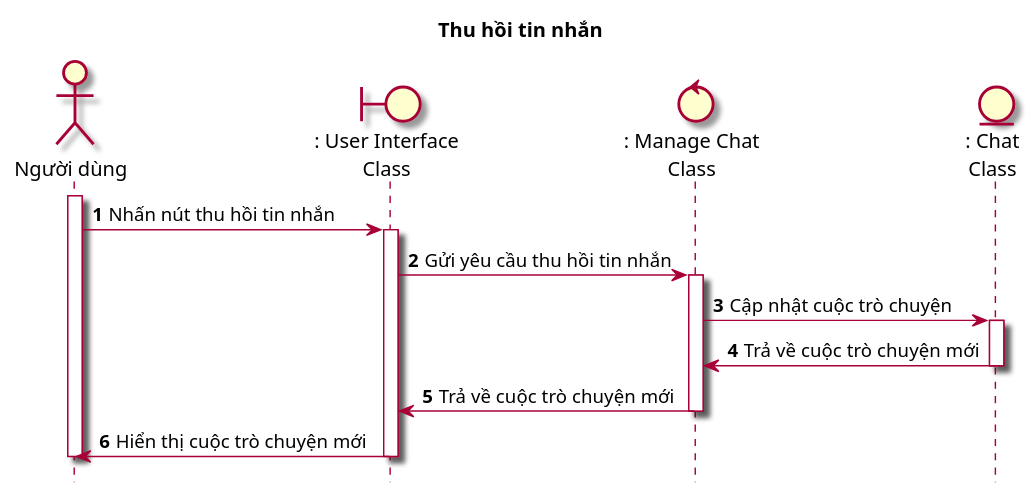
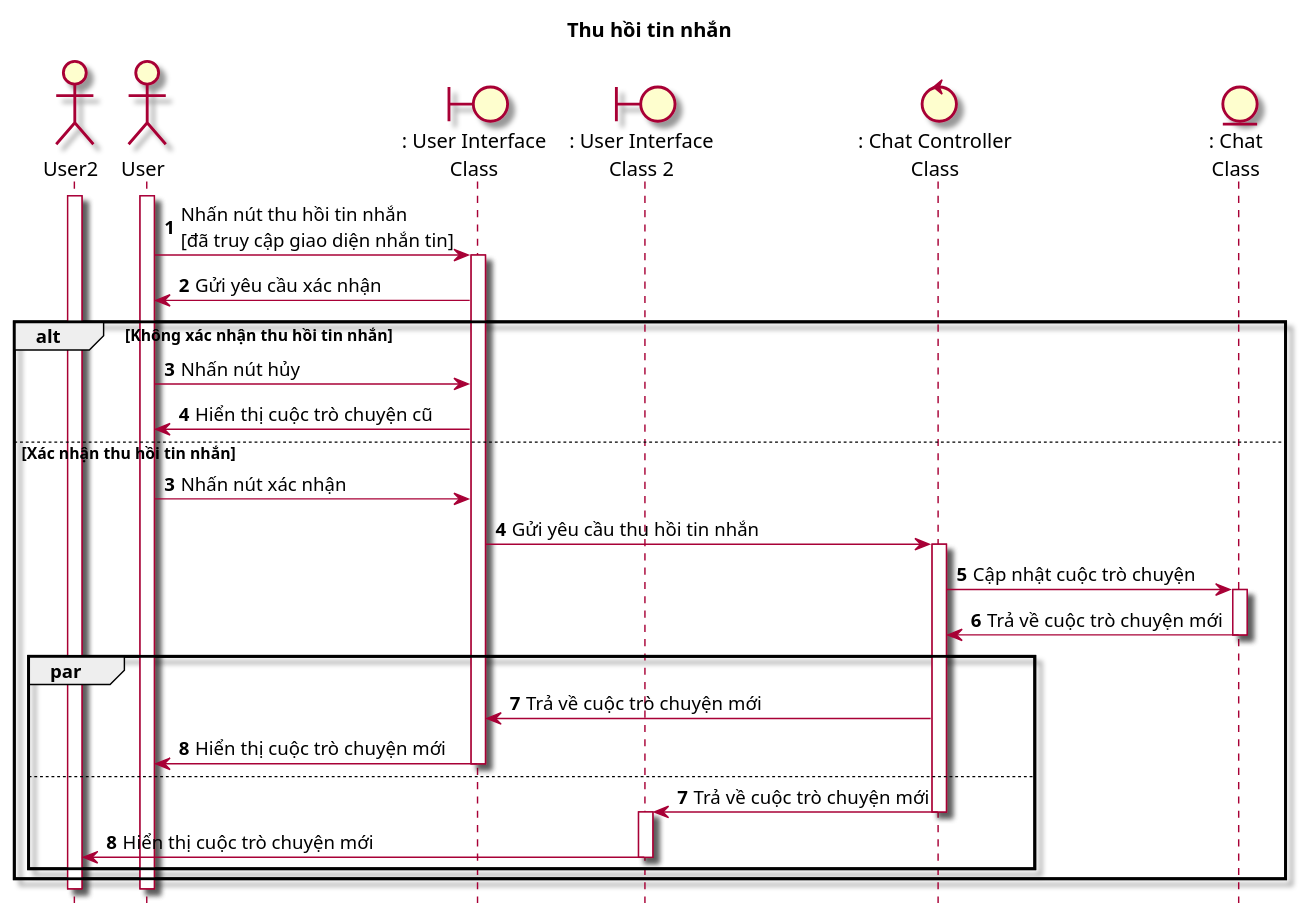
Before and after one commit to Griselda4774/EAS-EmploymentAssistanceSystem: the diagram in Lab1/Lab 1.2 Diagram/Sequence/FilePUML/11.3. SeqThuHoiTinNhan.puml, drawn with PlantUML. The commit also changed 14 other files, not shown here.

```diff
--- a/Lab1/Lab 1.2 Diagram/Sequence/FilePUML/11.3. SeqThuHoiTinNhan.puml
+++ b/Lab1/Lab 1.2 Diagram/Sequence/FilePUML/11.3. SeqThuHoiTinNhan.puml
@@ -1,22 +1,41 @@
 @startuml SeqThuHoiTinNhan
 
 skin rose
 hide footbox
 title Thu hồi tin nhắn
 
-actor "Người dùng" as nguoiDung
+actor User2 as user2
+actor User as user
 boundary ": User Interface\nClass" as userInterface
-control ": Manage Chat\nClass" as manageChat
+boundary ": User Interface\nClass 2" as userInterface2
+control ": Chat Controller\nClass" as chatController
 entity ": Chat\nClass" as chat
 
 autonumber
-nguoiDung++
-nguoiDung -> userInterface++: Nhấn nút thu hồi tin nhắn
-userInterface -> manageChat++: Gửi yêu cầu thu hồi tin nhắn
-manageChat -> chat++: Cập nhật cuộc trò chuyện
-chat -> manageChat--: Trả về cuộc trò chuyện mới
-manageChat -> userInterface--: Trả về cuộc trò chuyện mới
-userInterface -> nguoiDung--: Hiển thị cuộc trò chuyện mới
-nguoiDung--
+user++
+user2++
+user -> userInterface++: Nhấn nút thu hồi tin nhắn\n[đã truy cập giao diện nhắn tin]
+userInterface -> user: Gửi yêu cầu xác nhận
+alt Không xác nhận thu hồi tin nhắn
+    user -> userInterface : Nhấn nút hủy
+    userInterface -> user : Hiển thị cuộc trò chuyện cũ
+else Xác nhận thu hồi tin nhắn
+    autonumber 3
+    user -> userInterface : Nhấn nút xác nhận
+    userInterface -> chatController++: Gửi yêu cầu thu hồi tin nhắn
+    chatController -> chat++: Cập nhật cuộc trò chuyện
+    chat -> chatController--: Trả về cuộc trò chuyện mới
+    par
+        chatController -> userInterface : Trả về cuộc trò chuyện mới
+        userInterface -> user-- : Hiển thị cuộc trò chuyện mới
+    else
+        autonumber 7
+        chatController -> userInterface2-- : Trả về cuộc trò chuyện mới
+        userInterface2++
+        userInterface2 -> user2-- : Hiển thị cuộc trò chuyện mới
+    end
+end
+user--
+user2--
 
 @enduml
```
